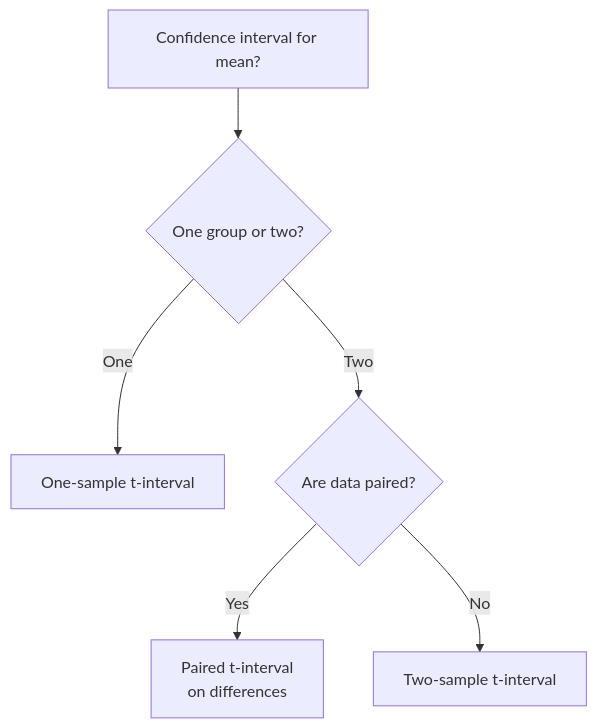
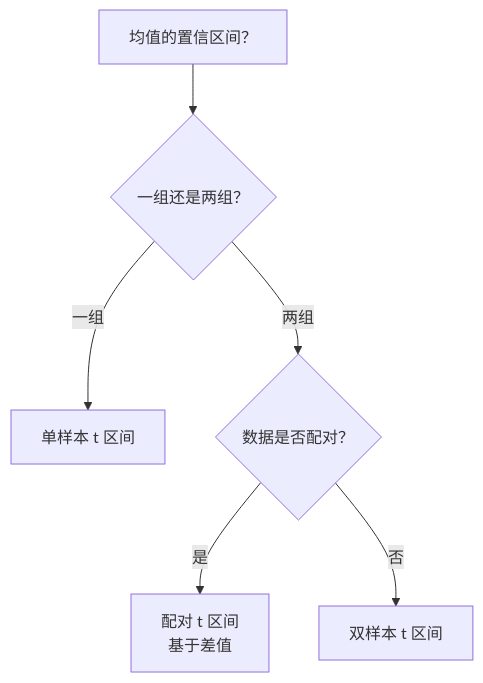
One commit to xieguaiwu/Notes changed the diagram in Math/Statistics/AP_Statistics/Confidence_Intervals_Means.md. Above: the diagram before and after it, drawn with Mermaid. The commit also changed other lines of this file and 30 other files, not shown here.

Commit message:
obsidian-note-generation: translate all AP Statistics notes to Chinese, fix format issues (H1, --- separators, Unicode→LaTeX), add chart types review note

````diff
--- a/Math/Statistics/AP_Statistics/Confidence_Intervals_Means.md
+++ b/Math/Statistics/AP_Statistics/Confidence_Intervals_Means.md
@@ -85,8 +83,8 @@
 ```mermaid
 flowchart TD
-    A[Confidence interval for mean?] --> B{One group or two?}
-    B -->|One| C[One-sample t-interval]
-    B -->|Two| D{Are data paired?}
-    D -->|Yes| E[Paired t-interval<br>on differences]
-    D -->|No| F[Two-sample t-interval]
+    A[均值的置信区间？] --> B{一组还是两组？}
+    B -->|一组| C[单样本 t 区间]
+    B -->|两组| D{数据是否配对？}
+    D -->|是| E[配对 t 区间<br>基于差值]
+    D -->|否| F[双样本 t 区间]
 ```
````
